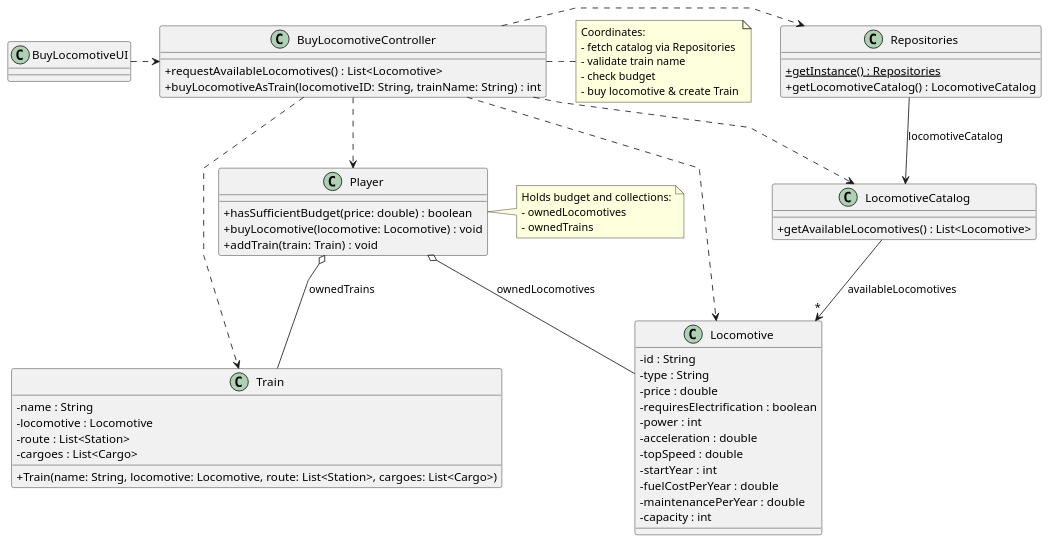
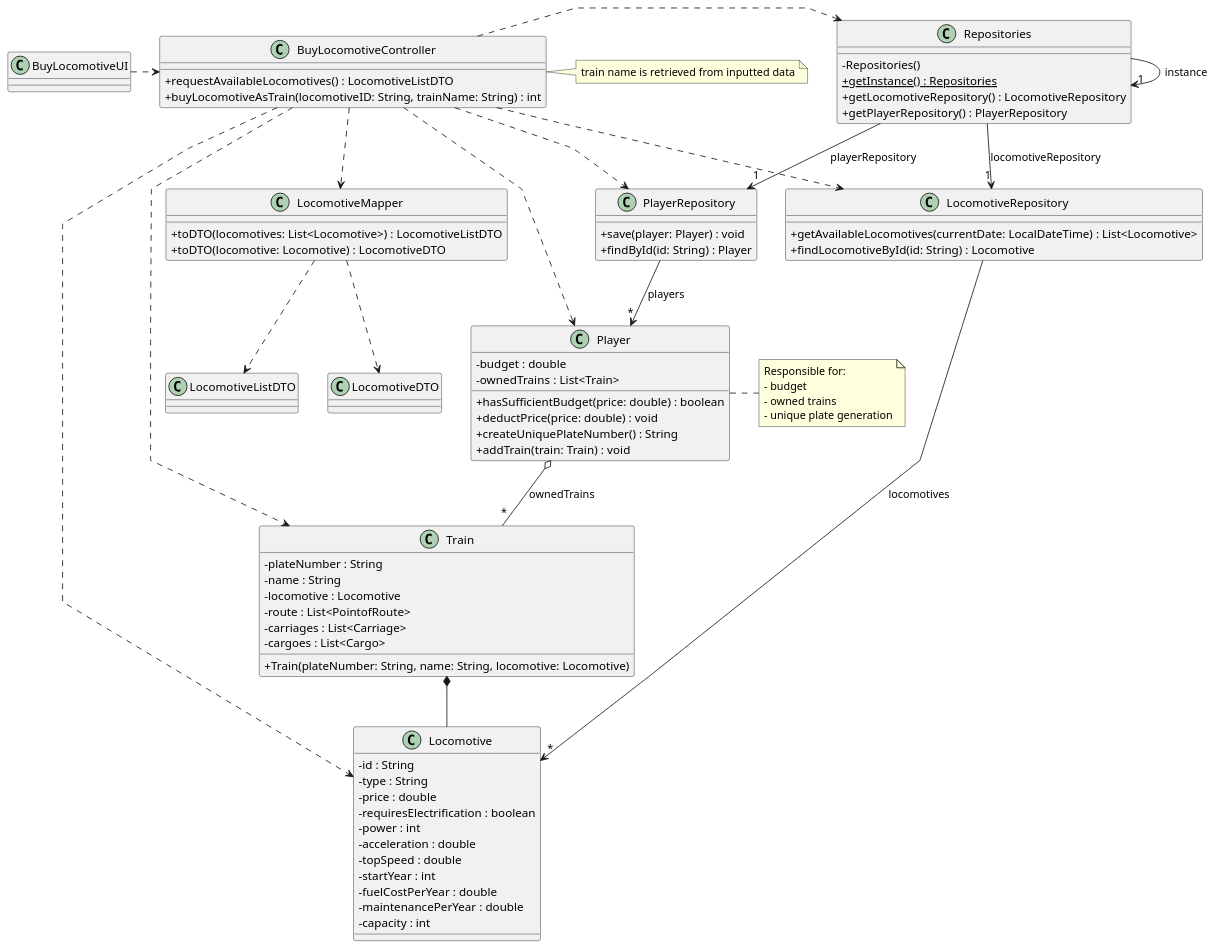
The diagram in docs/system-documentation/US009/03.design/puml/US009-CD.puml (1240826/empire-on-tracks), drawn with PlantUML before and after one commit. The commit also changed 6 other files, not shown here.

Commit message:
Use Case Diagram updated

```diff
--- a/docs/system-documentation/US009/03.design/puml/US009-CD.puml
+++ b/docs/system-documentation/US009/03.design/puml/US009-CD.puml
@@ -1,83 +1,105 @@
 @startuml
 skinparam packageStyle rectangle
 skinparam shadowing false
 skinparam linetype polyline
 skinparam classAttributeIconSize 0
 
-class BuyLocomotiveUI {
-}
+class BuyLocomotiveUI {}
 
 class BuyLocomotiveController {
-    + requestAvailableLocomotives() : List<Locomotive>
+    + requestAvailableLocomotives() : LocomotiveListDTO
     + buyLocomotiveAsTrain(locomotiveID: String, trainName: String) : int
 }
 
-class LocomotiveCatalog {
-    + getAvailableLocomotives() : List<Locomotive>
+class LocomotiveRepository {
+    + getAvailableLocomotives(currentDate: LocalDateTime) : List<Locomotive>
+    + findLocomotiveById(id: String) : Locomotive
+}
+
+class PlayerRepository {
+    + save(player: Player) : void
+    + findById(id: String) : Player
 }
 
 class Repositories {
+    - Repositories()
     + {static} getInstance() : Repositories
-    + getLocomotiveCatalog() : LocomotiveCatalog
-}
-
-class Player {
-    + hasSufficientBudget(price: double) : boolean
-    + buyLocomotive(locomotive: Locomotive) : void
-    + addTrain(train: Train) : void
+    + getLocomotiveRepository() : LocomotiveRepository
+    + getPlayerRepository() : PlayerRepository
 }
 
 class Locomotive {
     - id : String
     - type : String
     - price : double
     - requiresElectrification : boolean
     - power : int
     - acceleration : double
     - topSpeed : double
     - startYear : int
     - fuelCostPerYear : double
     - maintenancePerYear : double
     - capacity : int
 }
 
 class Train {
+    - plateNumber : String
     - name : String
     - locomotive : Locomotive
-    - route : List<Station>
+    - route : List<PointofRoute>
+    - carriages : List<Carriage>
     - cargoes : List<Cargo>
-    + Train(name: String, locomotive: Locomotive, route: List<Station>, cargoes: List<Cargo>)
+    + Train(plateNumber: String, name: String, locomotive: Locomotive)
 }
 
-' Relationships
+class Player {
+    - budget : double
+    - ownedTrains : List<Train>
+    + hasSufficientBudget(price: double) : boolean
+    + deductPrice(price: double) : void
+    + createUniquePlateNumber() : String
+    + addTrain(train: Train) : void
+}
+
+class LocomotiveMapper {
+    + toDTO(locomotives: List<Locomotive>) : LocomotiveListDTO
+    + toDTO(locomotive: Locomotive) : LocomotiveDTO
+}
+
+class LocomotiveListDTO {}
+class LocomotiveDTO {}
+
 
 BuyLocomotiveUI .> BuyLocomotiveController
-
 BuyLocomotiveController .> Repositories
-BuyLocomotiveController ..> LocomotiveCatalog
+BuyLocomotiveController ..> LocomotiveRepository
+BuyLocomotiveController ..> PlayerRepository
+BuyLocomotiveController ..> LocomotiveMapper
 BuyLocomotiveController ..> Player
 BuyLocomotiveController ..> Locomotive
 BuyLocomotiveController ..> Train
 
-Repositories --> LocomotiveCatalog : locomotiveCatalog
+Repositories -> "1" Repositories : instance
+Repositories --> "1" LocomotiveRepository : locomotiveRepository
+Repositories --> "1" PlayerRepository : playerRepository
 
-Player  o--  Locomotive : ownedLocomotives
-Player  o--  Train       : ownedTrains
+LocomotiveRepository --> "*" Locomotive : locomotives
+PlayerRepository --> "*" Player : players
 
-LocomotiveCatalog --> "*" Locomotive : availableLocomotives
+Player o-- "*" Train : ownedTrains
+Train *-- Locomotive
+LocomotiveMapper ..> LocomotiveListDTO
+LocomotiveMapper ..> LocomotiveDTO
 
 note right of BuyLocomotiveController
-  Coordinates:
-  - fetch catalog via Repositories
-  - validate train name
-  - check budget
-  - buy locomotive & create Train
+  train name is retrieved from inputted data
 end note
 
 note right of Player
-  Holds budget and collections:
-  - ownedLocomotives
-  - ownedTrains
+  Responsible for:
+  - budget
+  - owned trains
+  - unique plate generation
 end note
 
 @enduml
```
